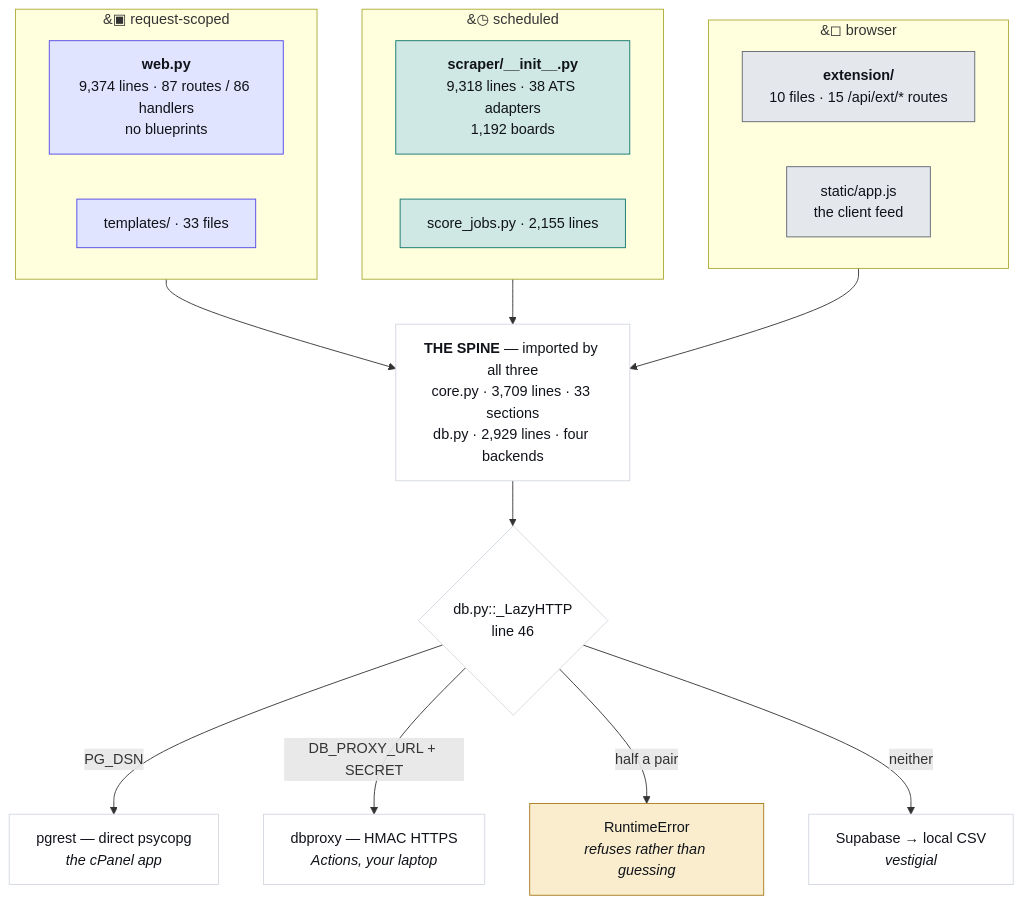
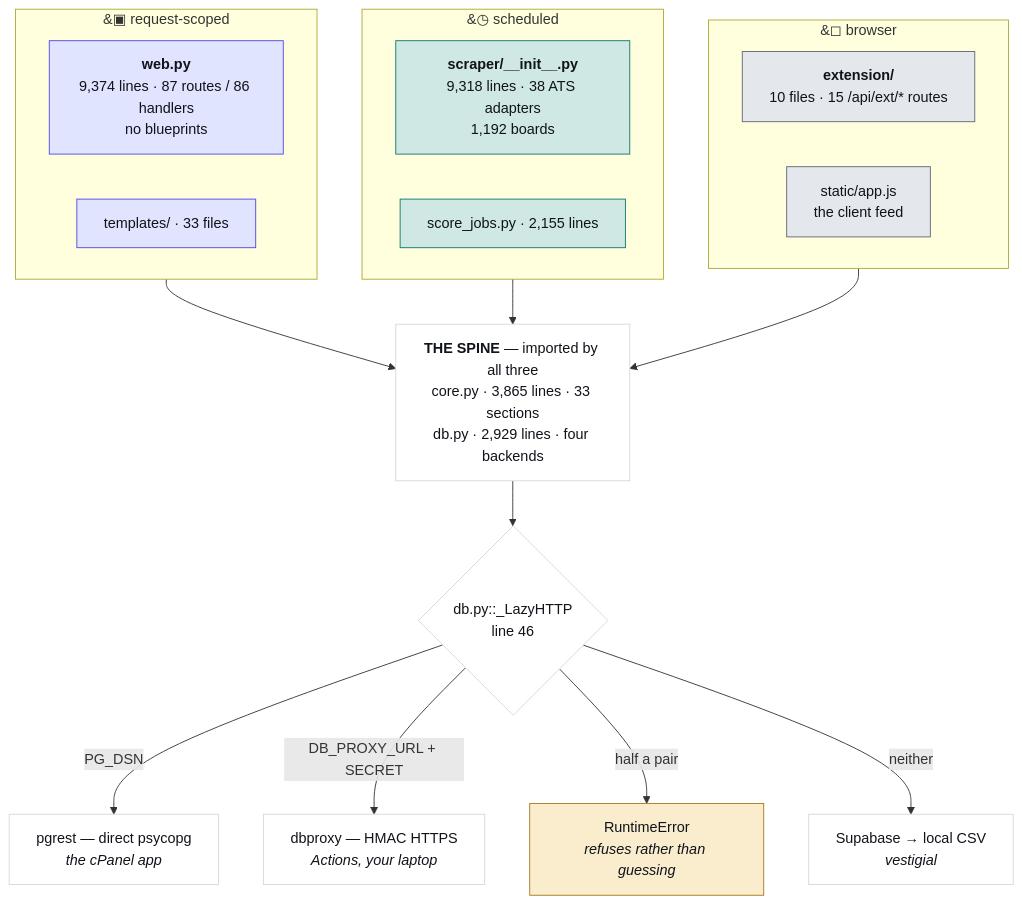
One commit to hadakunal909-debug/job-search-tool changed the first of 4 diagrams in JobMatch Scraper/docs/ARCHITECTURE.md. Above: the diagram before and after it, drawn with Mermaid. The commit also changed other lines of this file and 8 other files, not shown here.

````diff
--- a/JobMatch Scraper/docs/ARCHITECTURE.md
+++ b/JobMatch Scraper/docs/ARCHITECTURE.md
@@ -45,34 +45,34 @@
 ```mermaid
 flowchart TB
   subgraph REQ["&#9635; request-scoped"]
     W["<b>web.py</b><br/>9,374 lines · 87 routes / 86 handlers<br/>no blueprints"]
     T["templates/ · 33 files"]
   end
   subgraph SCH["&#9719; scheduled"]
     S["<b>scraper/__init__.py</b><br/>9,318 lines · 38 ATS adapters<br/>1,192 boards"]
     J["score_jobs.py · 2,155 lines"]
   end
   subgraph CLI["&#9723; browser"]
     E["<b>extension/</b><br/>10 files · 15 /api/ext/* routes"]
     A["static/app.js<br/>the client feed"]
   end
-  SPINE["<b>THE SPINE</b> — imported by all three<br/>core.py · 3,709 lines · 33 sections<br/>db.py · 2,929 lines · four backends"]
+  SPINE["<b>THE SPINE</b> — imported by all three<br/>core.py · 3,865 lines · 33 sections<br/>db.py · 2,929 lines · four backends"]
   REQ --> SPINE
   SCH --> SPINE
   CLI --> SPINE
   SPINE --> D{"db.py::_LazyHTTP<br/>line 46"}
   D -->|"PG_DSN"| P["pgrest — direct psycopg<br/><i>the cPanel app</i>"]
   D -->|"DB_PROXY_URL + SECRET"| X["dbproxy — HMAC HTTPS<br/><i>Actions, your laptop</i>"]
   D -->|"half a pair"| R["RuntimeError<br/><i>refuses rather than guessing</i>"]
   D -->|"neither"| V["Supabase → local CSV<br/><i>vestigial</i>"]
   classDef web fill:#e0e4fe,stroke:#4f46e5,color:#101319
   classDef sched fill:#cfe8e3,stroke:#0f766e,color:#101319
   classDef client fill:#e4e7ec,stroke:#5f6573,color:#101319
   classDef trap fill:#f9edcd,stroke:#a8781a,color:#101319
   classDef plain fill:#ffffff,stroke:#d3d7df,color:#101319
   class W,T web
   class S,J sched
   class E,A client
   class R trap
   class SPINE,D,P,X,V plain
 ```
````
